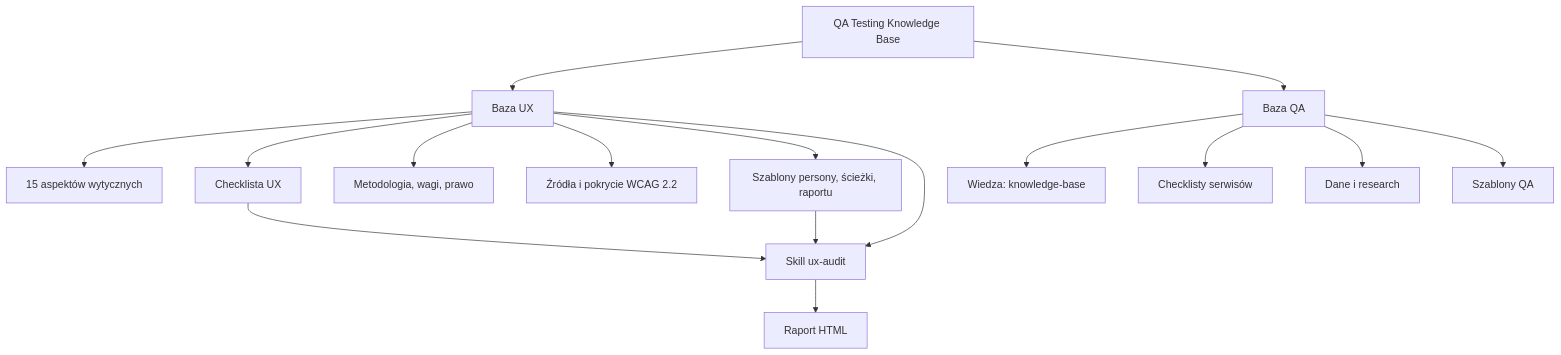
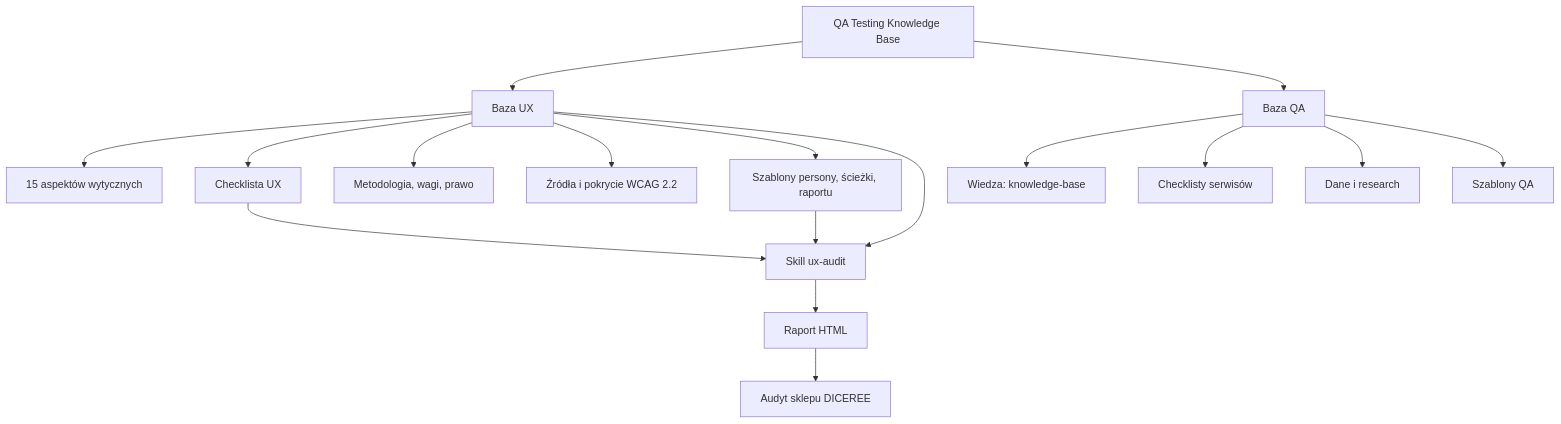
One commit to Not1nei/QA-Testing-Knowledge-Base changed the diagram in README.md. Above: the diagram before and after it, drawn with Mermaid. The commit also changed other lines of this file and 43 other files, not shown here.

Commit message:
Dodaj audyt UX sklepu DICEREE z personą i zrzutami

````diff
--- a/README.md
+++ b/README.md
@@ -10,18 +10,19 @@
 ```mermaid
 flowchart TD
   R[QA Testing Knowledge Base] --> UX[Baza UX]
   R --> QA[Baza QA]
   UX --> W[15 aspektów wytycznych]
   UX --> C[Checklista UX]
   UX --> M[Metodologia, wagi, prawo]
   UX --> Z[Źródła i pokrycie WCAG 2.2]
   UX --> T[Szablony persony, ścieżki, raportu]
   UX --> S[Skill ux-audit]
   QA --> K[Wiedza: knowledge-base]
   QA --> L[Checklisty serwisów]
   QA --> D[Dane i research]
   QA --> P[Szablony QA]
   C --> S
   T --> S
   S --> O[Raport HTML]
+  O --> A[Audyt sklepu DICEREE]
 ```
````
